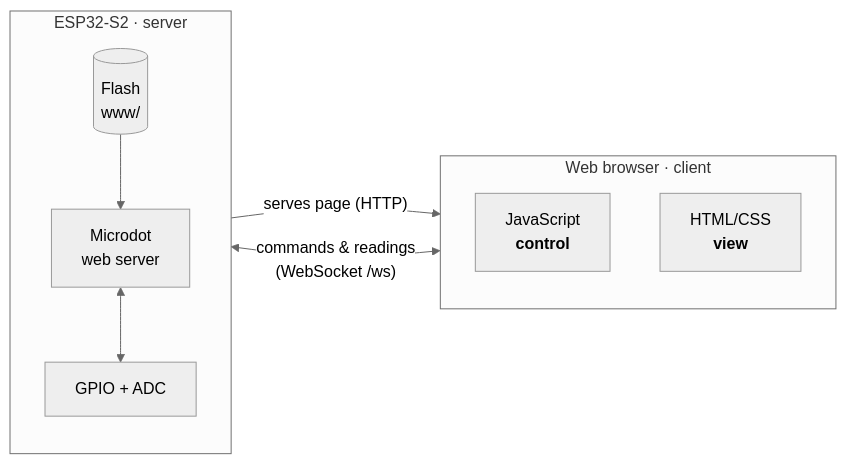
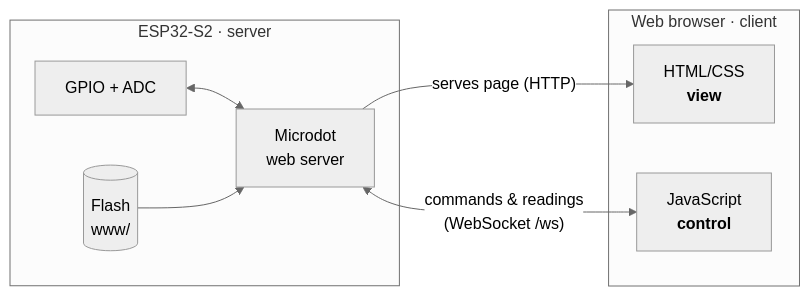
The first of 3 diagrams in README.md (arshnooramin/iotoscope), drawn with Mermaid (neutral theme) before and after one commit.

````diff
--- a/README.md
+++ b/README.md
@@ -36,18 +36,13 @@
 ```mermaid
 flowchart LR
+    subgraph board["ESP32-S2 · server"]
+        hw["GPIO + ADC"] <--> server["Microdot<br/>web server"]
+        fs[("Flash<br/>www/")] --> server
+    end
     subgraph browser["Web browser · client"]
-        direction TB
+        view["HTML/CSS<br/><b>view</b>"]
         control["JavaScript<br/><b>control</b>"]
-        view["HTML/CSS<br/><b>view</b>"]
     end
-    subgraph board["ESP32-S2 · server"]
-        direction TB
-        fs[("Flash<br/>www/")]
-        server["Microdot<br/>web server"]
-        hw["GPIO + ADC"]
-    end
-    fs --> server
     server -- "serves page (HTTP)" --> view
-    control <-->|"commands & readings<br/>(WebSocket /ws)"| server
-    server <--> hw
+    server <-->|"commands & readings<br/>(WebSocket /ws)"| control
 ```
````
